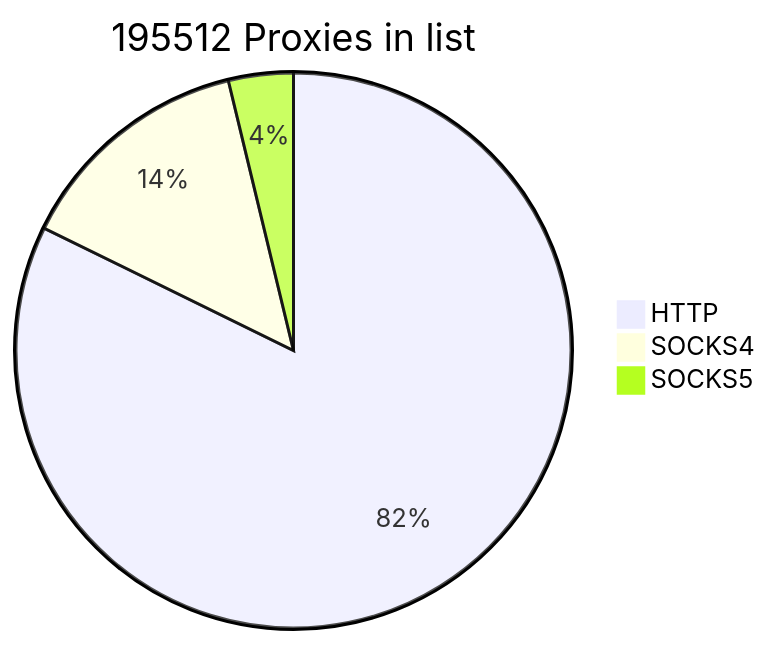
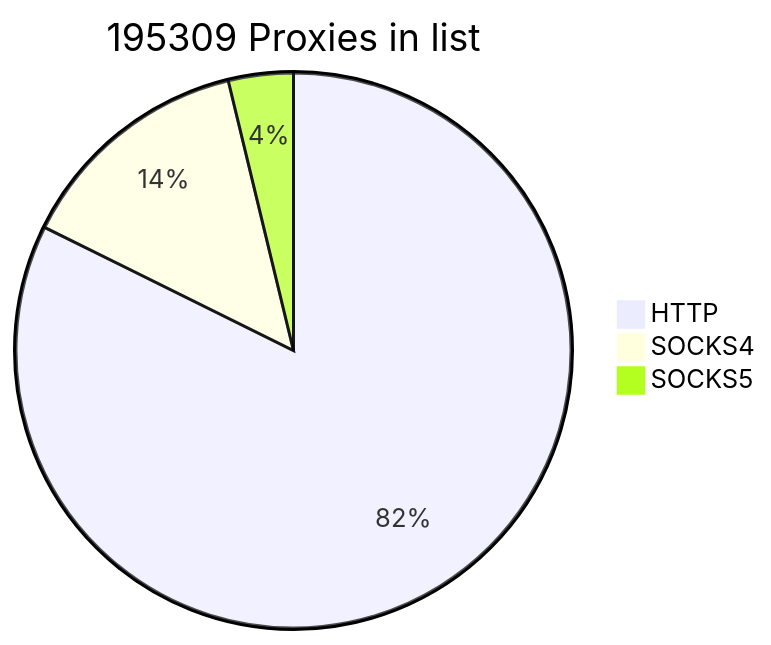
One commit to cutipu/proxylist changed the first of 2 diagrams in README.md. Above: the diagram before and after it, drawn with Mermaid. The commit also changed other lines of this file, not shown here.

````diff
--- a/README.md
+++ b/README.md
@@ -2,7 +2,7 @@
 ```mermaid
-pie title 195512 Proxies in list
-    "HTTP" : 160821
-    "SOCKS4" : 27321
-    "SOCKS5" : 7370
+pie title 195309 Proxies in list
+    "HTTP" : 160762
+    "SOCKS4" : 27175
+    "SOCKS5" : 7372
             
 ```
````
